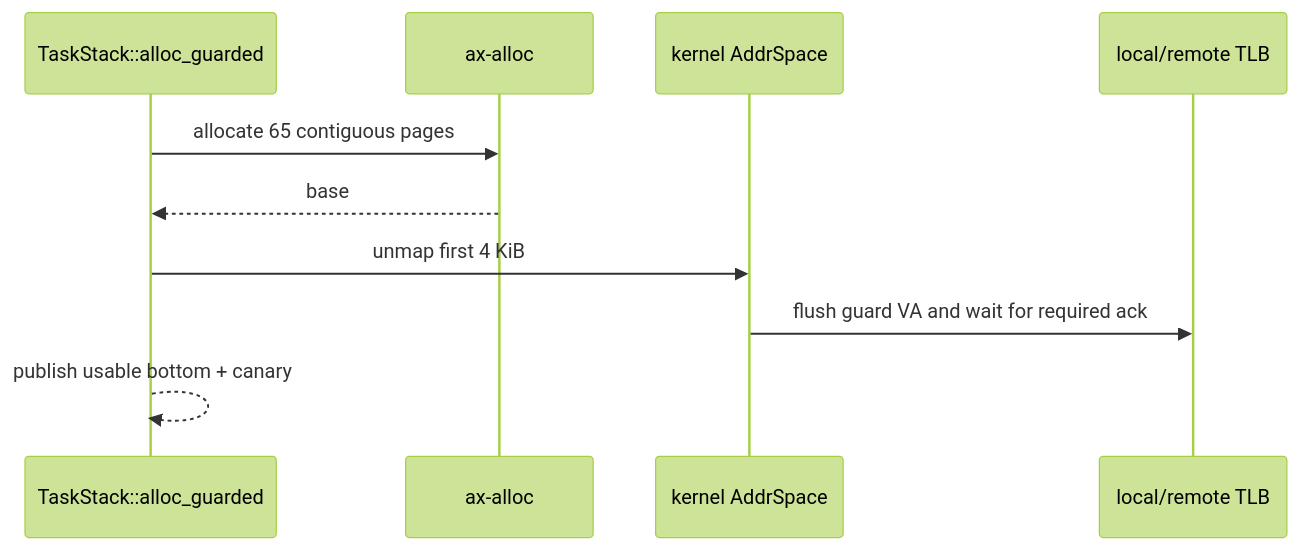
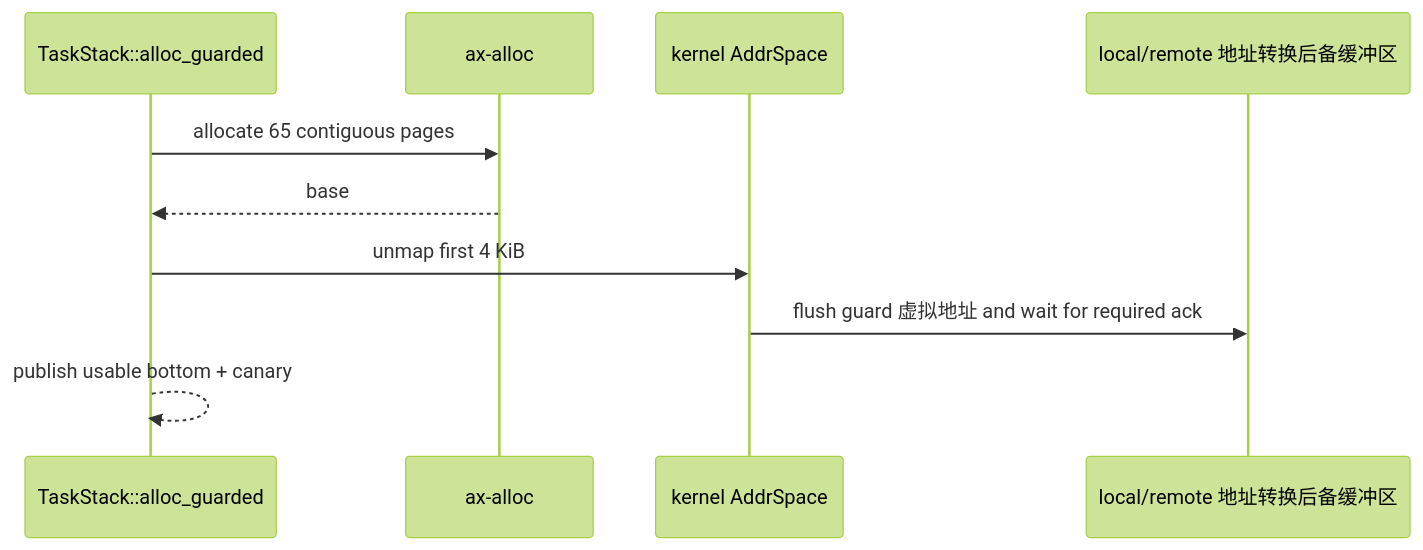
One commit to rcore-os/tgoskits changed the third of 3 diagrams in docs/docs/architecture/memory/stacks.md. Above: the diagram before and after it, drawn with Mermaid (forest theme). The commit also changed other lines of this file and 12 other files, not shown here.

````diff
--- a/docs/docs/architecture/memory/stacks.md
+++ b/docs/docs/architecture/memory/stacks.md
@@ -289,13 +289,13 @@
 ```mermaid
 sequenceDiagram
     participant Task as TaskStack::alloc_guarded
     participant Alloc as ax-alloc
     participant KAS as kernel AddrSpace
-    participant CPUs as local/remote TLB
+    participant CPUs as local/remote 地址转换后备缓冲区
 
     Task->>Alloc: allocate 65 contiguous pages
     Alloc-->>Task: base
     Task->>KAS: unmap first 4 KiB
-    KAS->>CPUs: flush guard VA and wait for required ack
+    KAS->>CPUs: flush guard 虚拟地址 and wait for required ack
     Task-->>Task: publish usable bottom + canary
 ```
````
